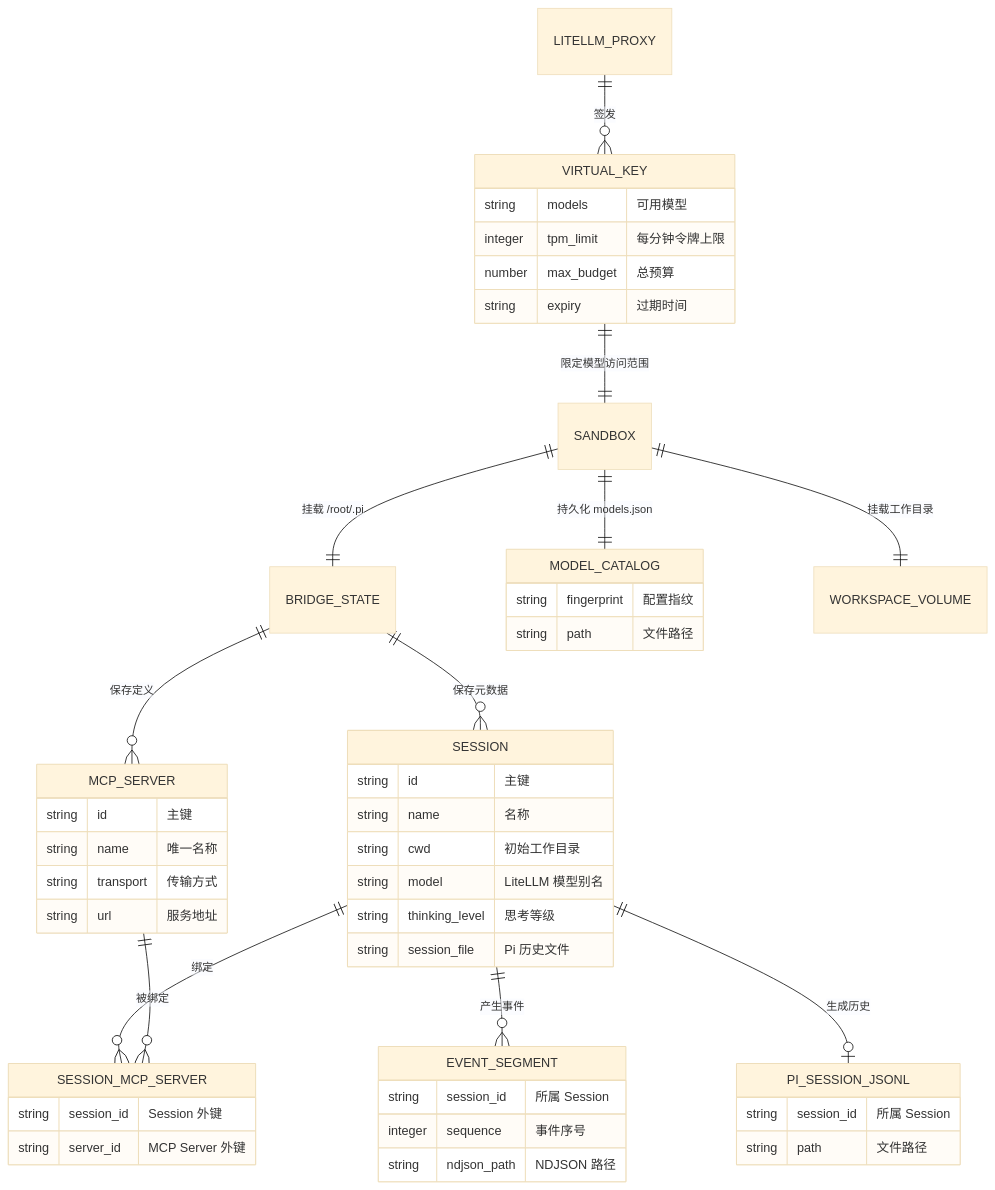
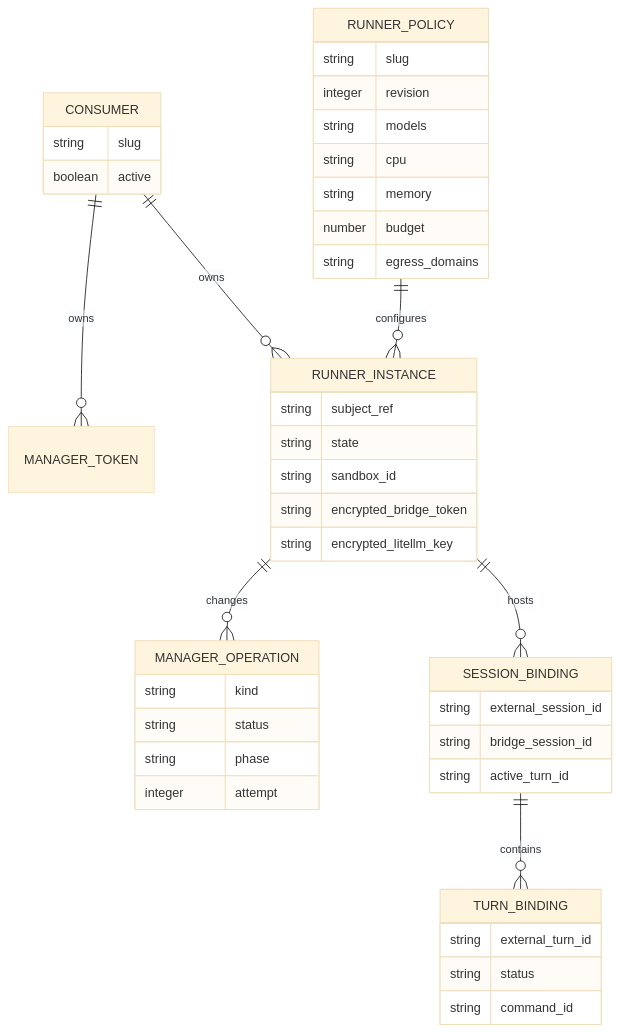
The second of 3 diagrams in docs/architecture.md (JeseKi/pi-opensandbox-runner), drawn with Mermaid (base theme) before and after one commit. The commit also changed other lines of this file and 44 other files, not shown here.

````diff
--- a/docs/architecture.md
+++ b/docs/architecture.md
@@ -11,52 +40,46 @@
 ```mermaid
 erDiagram
-    SANDBOX ||--|| BRIDGE_STATE : "挂载 /root/.pi"
-    BRIDGE_STATE ||--o{ SESSION : "保存元数据"
-    BRIDGE_STATE ||--o{ MCP_SERVER : "保存定义"
-    SESSION ||--o{ SESSION_MCP_SERVER : "绑定"
-    MCP_SERVER ||--o{ SESSION_MCP_SERVER : "被绑定"
-    SESSION ||--o{ EVENT_SEGMENT : "产生事件"
-    SESSION ||--o| PI_SESSION_JSONL : "生成历史"
-    SANDBOX ||--|| MODEL_CATALOG : "持久化 models.json"
-    SANDBOX ||--|| WORKSPACE_VOLUME : "挂载工作目录"
-    LITELLM_PROXY ||--o{ VIRTUAL_KEY : "签发"
-    VIRTUAL_KEY ||--|| SANDBOX : "限定模型访问范围"
+    CONSUMER ||--o{ MANAGER_TOKEN : owns
+    CONSUMER ||--o{ RUNNER_INSTANCE : owns
+    RUNNER_POLICY ||--o{ RUNNER_INSTANCE : configures
+    RUNNER_INSTANCE ||--o{ MANAGER_OPERATION : changes
+    RUNNER_INSTANCE ||--o{ SESSION_BINDING : hosts
+    SESSION_BINDING ||--o{ TURN_BINDING : contains
 
-    SESSION {
-        string id "主键"
-        string name "名称"
-        string cwd "初始工作目录"
-        string model "LiteLLM 模型别名"
-        string thinking_level "思考等级"
-        string session_file "Pi 历史文件"
+    CONSUMER {
+        string slug
+        boolean active
     }
-    MCP_SERVER {
-        string id "主键"
-        string name "唯一名称"
-        string transport "传输方式"
-        string url "服务地址"
+    RUNNER_POLICY {
+        string slug
+        integer revision
+        string models
+        string cpu
+        string memory
+        number budget
+        string egress_domains
     }
-    SESSION_MCP_SERVER {
-        string session_id "Session 外键"
-        string server_id "MCP Server 外键"
+    RUNNER_INSTANCE {
+        string subject_ref
+        string state
+        string sandbox_id
+        string encrypted_bridge_token
+        string encrypted_litellm_key
     }
-    EVENT_SEGMENT {
-        string session_id "所属 Session"
-        integer sequence "事件序号"
-        string ndjson_path "NDJSON 路径"
+    MANAGER_OPERATION {
+        string kind
+        string status
+        string phase
+        integer attempt
     }
-    PI_SESSION_JSONL {
-        string session_id "所属 Session"
-        string path "文件路径"
+    SESSION_BINDING {
+        string external_session_id
+        string bridge_session_id
+        string active_turn_id
     }
-    MODEL_CATALOG {
-        string fingerprint "配置指纹"
-        string path "文件路径"
-    }
-    VIRTUAL_KEY {
-        string models "可用模型"
-        integer tpm_limit "每分钟令牌上限"
-        number max_budget "总预算"
-        string expiry "过期时间"
+    TURN_BINDING {
+        string external_turn_id
+        string status
+        string command_id
     }
 ```
````
